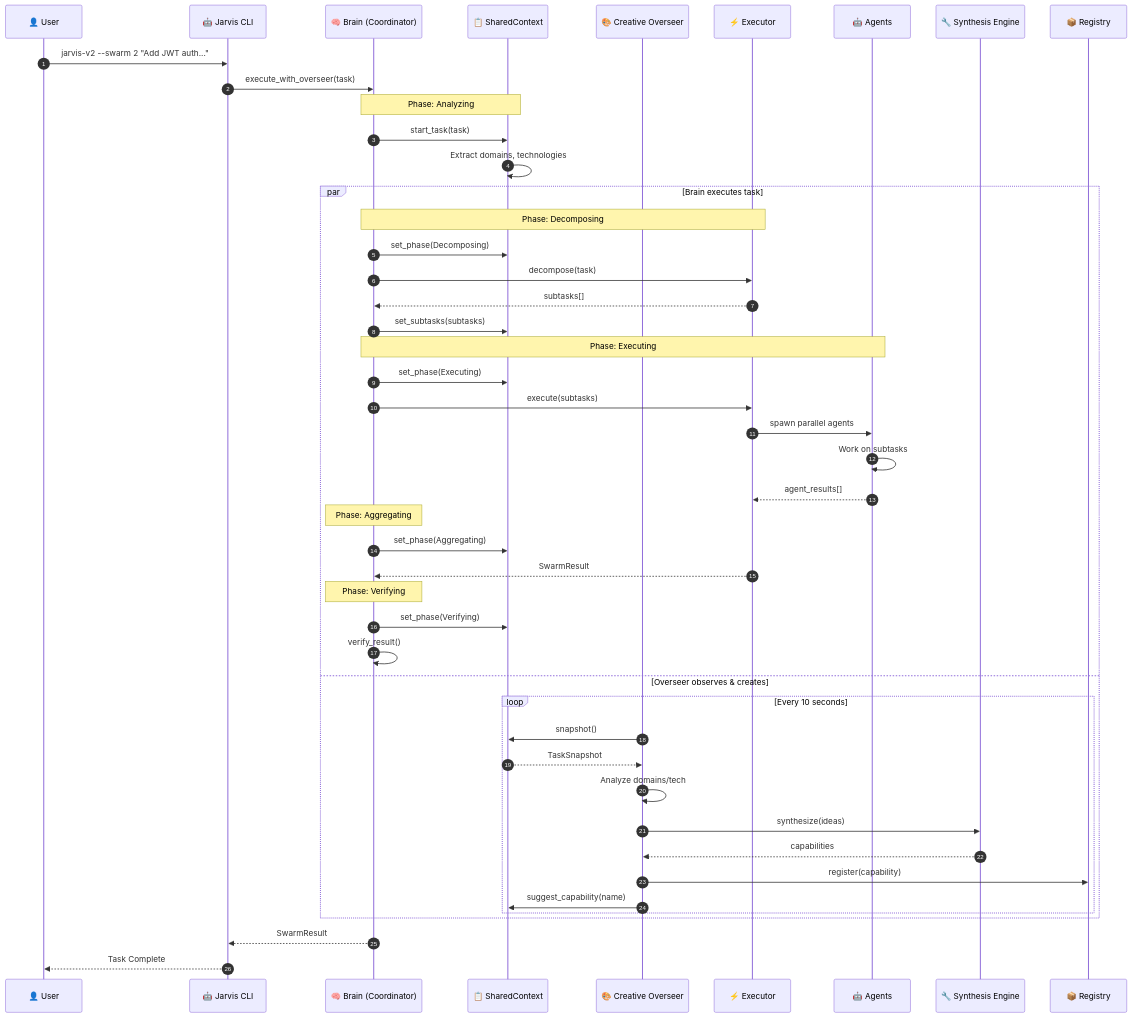
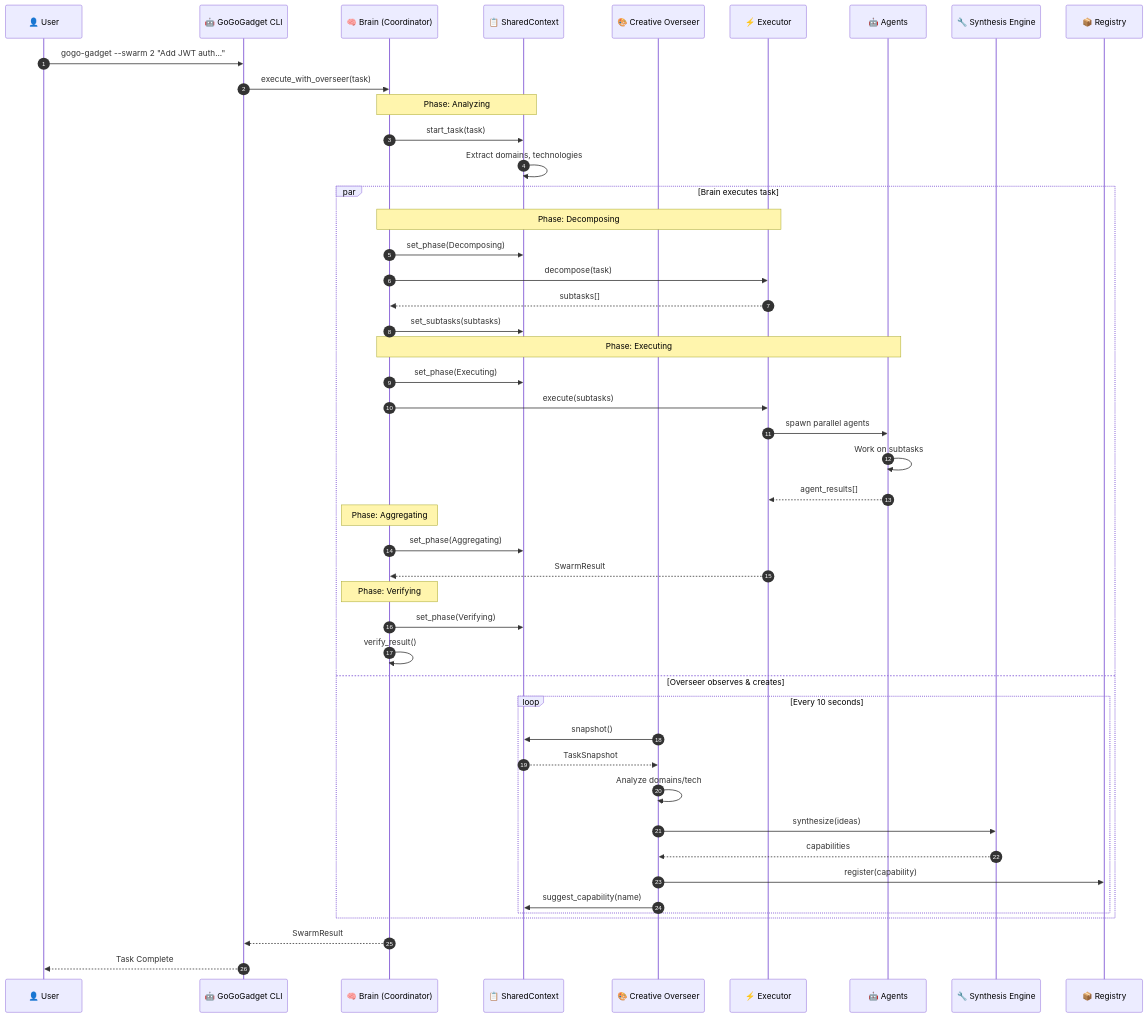
One commit to perrywinkle1/gogo-gadget changed the second of 5 diagrams in docs/architecture-flowchart.md. Above: the diagram before and after it, drawn with Mermaid. The commit also changed other lines of this file and 40 other files, not shown here.

````diff
--- a/docs/architecture-flowchart.md
+++ b/docs/architecture-flowchart.md
@@ -88,57 +88,57 @@
 ```mermaid
 sequenceDiagram
     autonumber
     participant U as 👤 User
-    participant J as 🤖 Jarvis CLI
+    participant J as 🤖 GoGoGadget CLI
     participant B as 🧠 Brain (Coordinator)
     participant C as 📋 SharedContext
     participant O as 🎨 Creative Overseer
     participant E as ⚡ Executor
     participant A as 🤖 Agents
     participant S as 🔧 Synthesis Engine
     participant R as 📦 Registry
 
-    U->>J: jarvis-v2 --swarm 2 "Add JWT auth..."
+    U->>J: gogo-gadget --swarm 2 "Add JWT auth..."
     J->>B: execute_with_overseer(task)
 
     Note over B,C: Phase: Analyzing
     B->>C: start_task(task)
     C->>C: Extract domains, technologies
 
     par Brain executes task
         Note over B,E: Phase: Decomposing
         B->>C: set_phase(Decomposing)
         B->>E: decompose(task)
         E-->>B: subtasks[]
         B->>C: set_subtasks(subtasks)
 
         Note over B,A: Phase: Executing
         B->>C: set_phase(Executing)
         B->>E: execute(subtasks)
         E->>A: spawn parallel agents
         A->>A: Work on subtasks
         A-->>E: agent_results[]
 
         Note over B: Phase: Aggregating
         B->>C: set_phase(Aggregating)
         E-->>B: SwarmResult
 
         Note over B: Phase: Verifying
         B->>C: set_phase(Verifying)
         B->>B: verify_result()
 
     and Overseer observes & creates
         loop Every 10 seconds
             O->>C: snapshot()
             C-->>O: TaskSnapshot
             O->>O: Analyze domains/tech
             O->>S: synthesize(ideas)
             S-->>O: capabilities
             O->>R: register(capability)
             O->>C: suggest_capability(name)
         end
     end
 
     B-->>J: SwarmResult
     J-->>U: Task Complete
 ```
````
